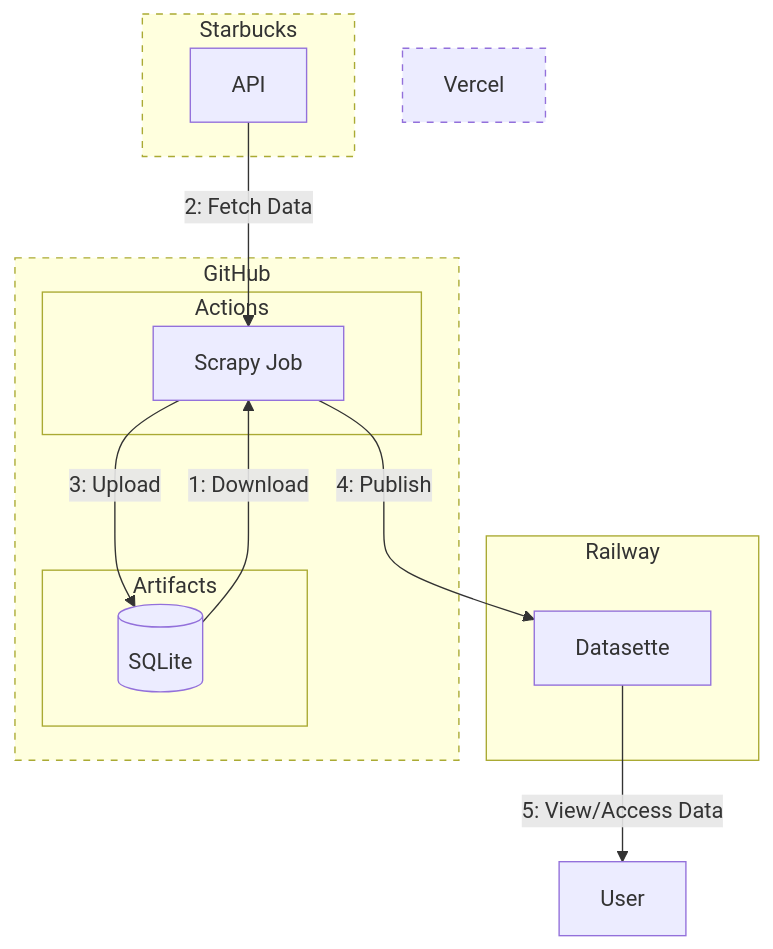
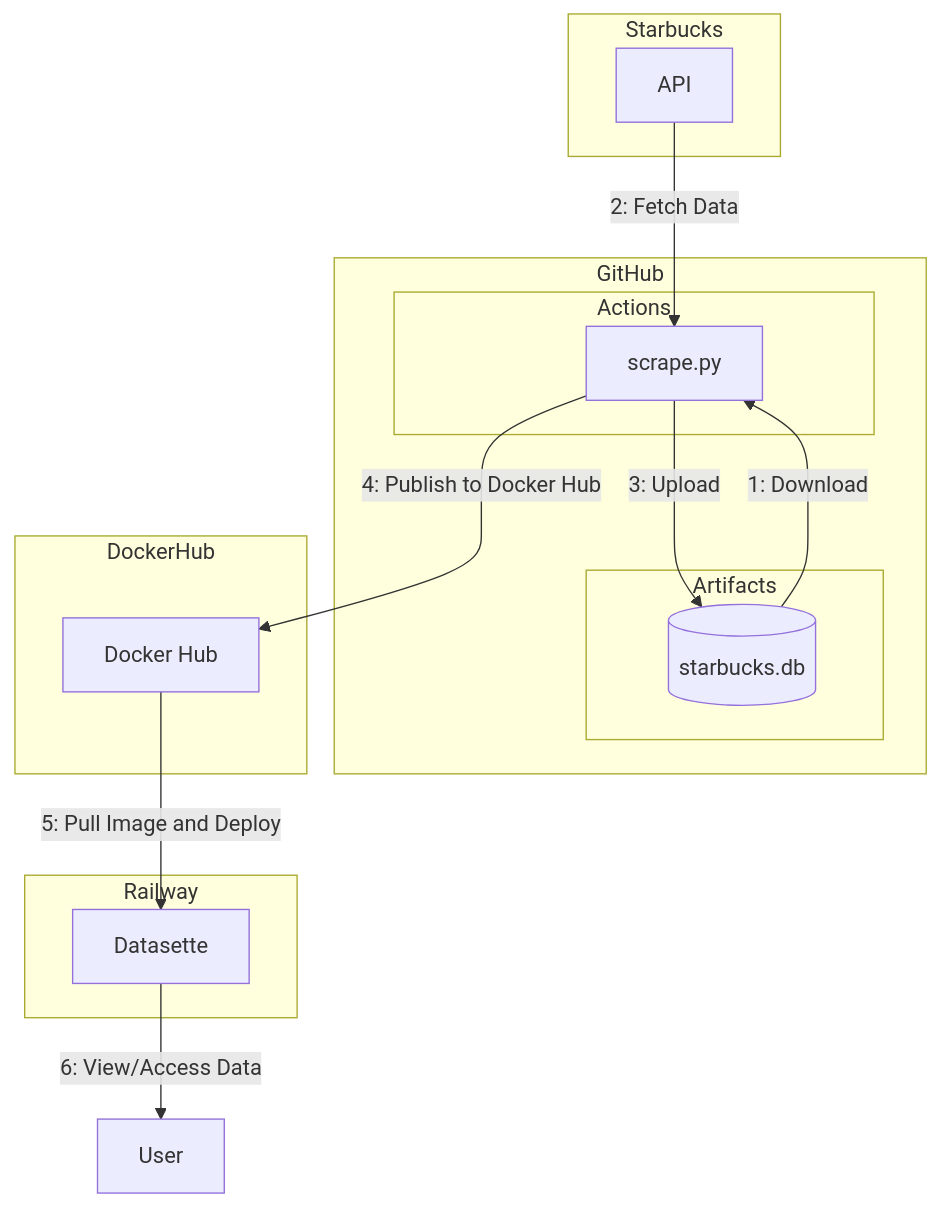
Before and after one commit to ngshiheng/starbucksdb: the first of 2 diagrams in README.md, drawn with Mermaid.

Commit message:
docs: update diagram

````diff
--- a/README.md
+++ b/README.md
@@ -9,34 +9,28 @@
 ```mermaid
 graph TB
     subgraph Railway
         deployment[Datasette]
-        class deployment railway;
+        class deployment vercel;
     end
-
     subgraph GitHub
         subgraph Actions
-            scraper[Scrapy Job]
-            class scraper actions;
+            scraper[scrape.py]
         end
         subgraph Artifacts
-            db[(SQLite)]
+            db[(starbucks.db)]
             class db artifacts;
         end
     end
-
     subgraph Starbucks
         api[API]
-        class api starbucks;
     end
-
+    subgraph DockerHub
+        dockerhub[Docker Hub]
+    end
     db --> |1: Download| scraper
     api --> |2: Fetch Data| scraper
     scraper --> |3: Upload| db
-    scraper --> |4: Publish| deployment
-    deployment --> |5: View/Access Data| client[User]
-
-    %% Apply dotted line styles
-    style Vercel stroke-dasharray: 5 5;
-    style GitHub stroke-dasharray: 5 5;
-    style Starbucks stroke-dasharray: 5 5;
+    scraper --> |4: Publish to Docker Hub| dockerhub
+    dockerhub --> |5: Pull Image and Deploy| deployment
+    deployment --> |6: View/Access Data| client[User]
 ```
````
